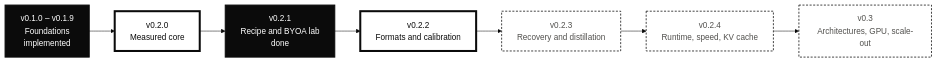
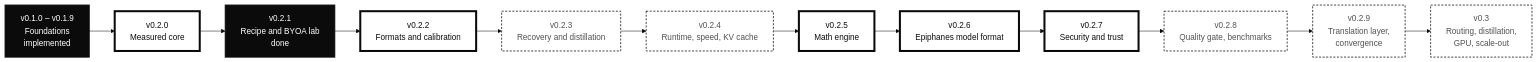
The second of 2 diagrams in ROADMAP.md (EdEpiphanes/THME-Epiphanes), drawn with Mermaid before and after one commit. The commit also changed other lines of this file and 6 other files, not shown here.

First line of the commit message:
docs(roadmap): full v0.2.5-v0.2.9 milestones; every ticket placed (#57)

````diff
--- a/ROADMAP.md
+++ b/ROADMAP.md
@@ -126,16 +135,21 @@
 ```mermaid
 %%{init: {'theme': 'base', 'themeVariables': {'fontFamily': 'Chakra Petch, Bahnschrift, Arial Narrow, sans-serif', 'primaryColor': '#ffffff', 'primaryTextColor': '#0b0b0b', 'primaryBorderColor': '#0b0b0b', 'lineColor': '#0b0b0b', 'secondaryColor': '#f6f6f4', 'tertiaryColor': '#ffffff', 'clusterBkg': '#f6f6f4', 'clusterBorder': '#0b0b0b', 'edgeLabelBackground': '#ffffff', 'noteBkgColor': '#ffffff', 'noteBorderColor': '#0b0b0b', 'actorBkg': '#ffffff', 'actorBorder': '#0b0b0b', 'signalColor': '#0b0b0b', 'labelBoxBkgColor': '#ffffff'}}}%%
 flowchart LR
     classDef done fill:#0b0b0b,stroke:#0b0b0b,stroke-width:2px,color:#ffffff;
     classDef active fill:#ffffff,stroke:#0b0b0b,stroke-width:4px,color:#0b0b0b;
     classDef next fill:#ffffff,stroke:#0b0b0b,stroke-width:1.5px,stroke-dasharray:4 3,color:#52514e;
 
     A["v0.1.0 – v0.1.9<br/>Foundations<br/>implemented"]:::done
     B["v0.2.0<br/>Measured core"]:::active
     C["v0.2.1<br/>Recipe and BYOA lab<br/>done"]:::done
     D["v0.2.2<br/>Formats and calibration"]:::active
     E["v0.2.3<br/>Recovery and distillation"]:::next
     F["v0.2.4<br/>Runtime, speed, KV cache"]:::next
-    G["v0.3<br/>Architectures, GPU, scale-out"]:::next
-    A --> B --> C --> D --> E --> F --> G
+    H["v0.2.5<br/>Math engine"]:::active
+    I["v0.2.6<br/>Epiphanes model format"]:::active
+    J["v0.2.7<br/>Security and trust"]:::active
+    K["v0.2.8<br/>Quality gate, benchmarks"]:::next
+    L["v0.2.9<br/>Translation layer,<br/>convergence"]:::next
+    G["v0.3<br/>Routing, distillation,<br/>GPU, scale-out"]:::next
+    A --> B --> C --> D --> E --> F --> H --> I --> J --> K --> L --> G
 ```
````
